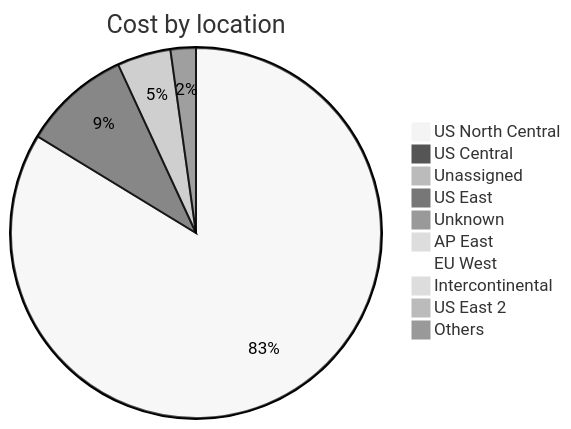
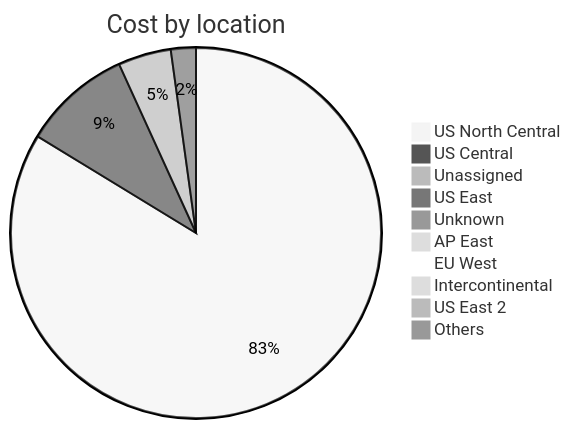
The third of 4 diagrams in cost-reports/accumulated-cost.md (jpfulton/azure-personal-reports), drawn with Mermaid (neutral theme) before and after one commit. The commit also changed other lines of this file and 4 other files, not shown here.

````diff
--- a/cost-reports/accumulated-cost.md
+++ b/cost-reports/accumulated-cost.md
@@ -132,14 +132,14 @@
 ```mermaid
 pie
    title Cost by location
-   "US North Central" : 212.52
-   "US Central" : 23.83
-   "Unassigned" : 11.88
-   "US East" : 5.61
-   "Unknown" : 1.07
+   "US North Central" : 215.64
+   "US Central" : 24.42
+   "Unassigned" : 11.91
+   "US East" : 5.62
+   "Unknown" : 1.12
    "AP East" : 0.00
    "EU West" : 0.00
    "Intercontinental" : 0.00
    "US East 2" : 0.00
    "Others" : 0.00
 ```
````
